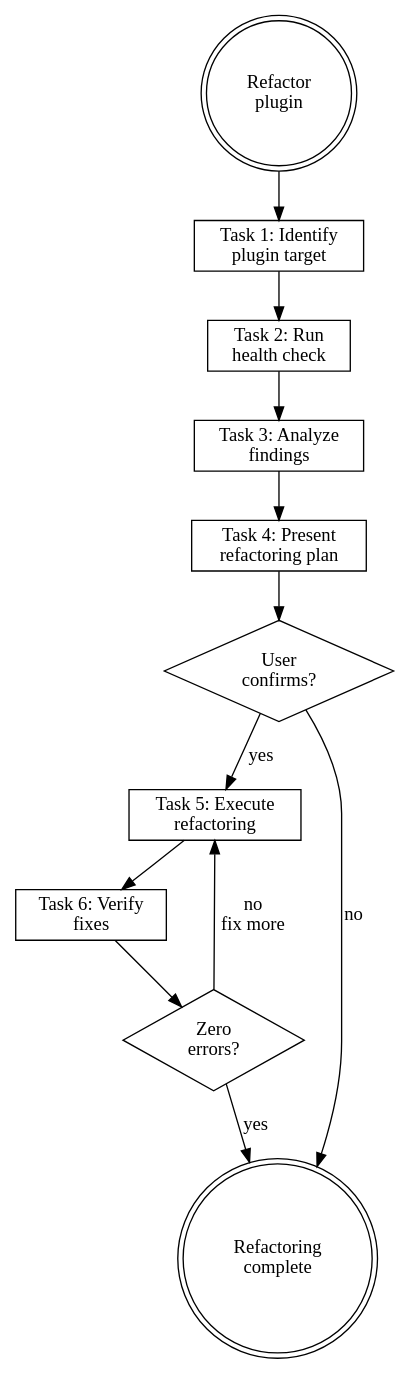
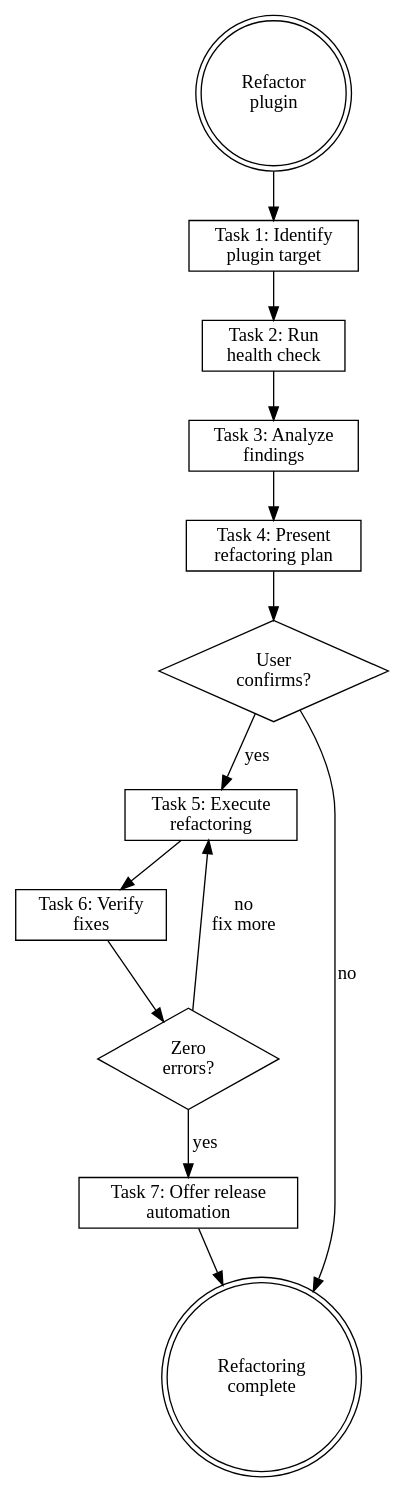
Before and after one commit to wayne930242/Reflexive-Claude-Code: the diagram in plugins/rcc/skills/refactoring-plugins/SKILL.md, drawn with Graphviz. The commit also changed other lines of this file and 55 other files, not shown here.

````diff
--- a/plugins/rcc/skills/refactoring-plugins/SKILL.md
+++ b/plugins/rcc/skills/refactoring-plugins/SKILL.md
@@ -174,28 +197,30 @@
 ```dot
 digraph refactor_plugin {
     rankdir=TB;
 
     start [label="Refactor\nplugin", shape=doublecircle];
     identify [label="Task 1: Identify\nplugin target", shape=box];
     health [label="Task 2: Run\nhealth check", shape=box];
     analyze [label="Task 3: Analyze\nfindings", shape=box];
     present [label="Task 4: Present\nrefactoring plan", shape=box];
     confirm [label="User\nconfirms?", shape=diamond];
     execute [label="Task 5: Execute\nrefactoring", shape=box];
     verify [label="Task 6: Verify\nfixes", shape=box];
     pass [label="Zero\nerrors?", shape=diamond];
+    release [label="Task 7: Offer release\nautomation", shape=box];
     done [label="Refactoring\ncomplete", shape=doublecircle];
 
     start -> identify;
     identify -> health;
     health -> analyze;
     analyze -> present;
     present -> confirm;
     confirm -> execute [label="yes"];
     confirm -> done [label="no"];
     execute -> verify;
     verify -> pass;
-    pass -> done [label="yes"];
+    pass -> release [label="yes"];
     pass -> execute [label="no\nfix more"];
+    release -> done;
 }
 ```
````
